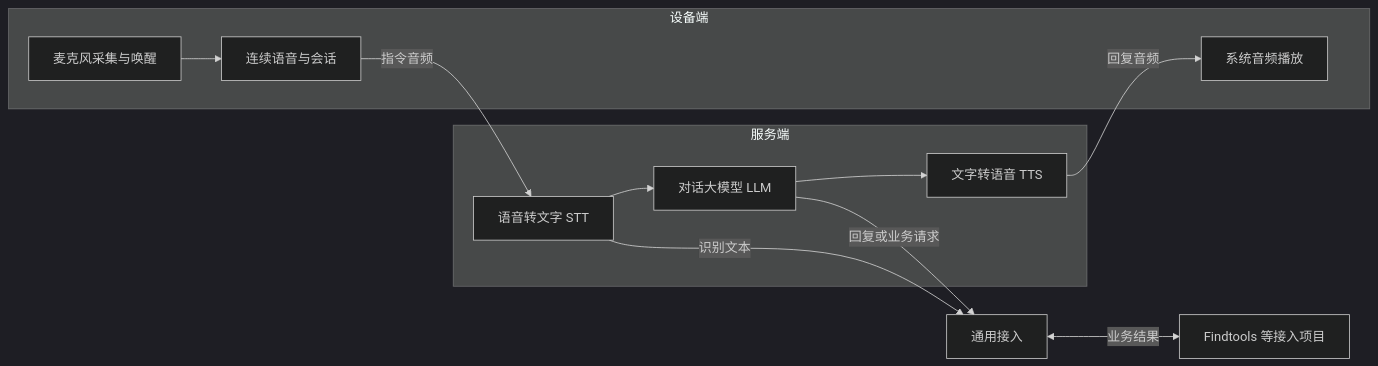
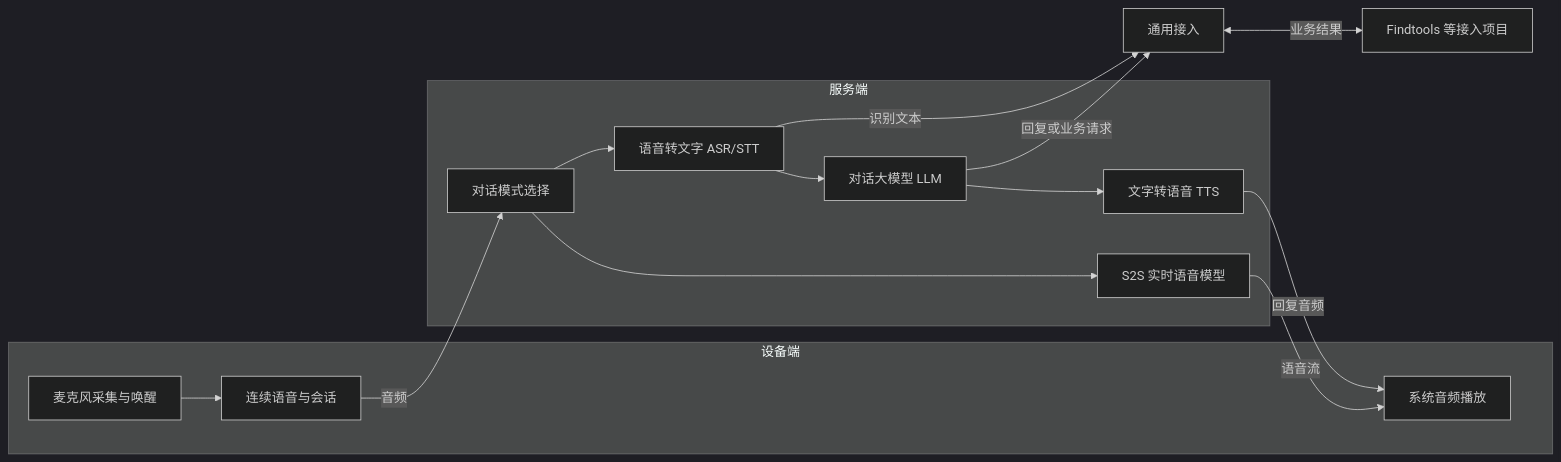
The diagram in docs/开发者设计文档库/总体架构设计.md (fyuanace/openspeech), drawn with Mermaid (dark theme) before and after one commit. The commit also changed other lines of this file and 28 other files, not shown here.

````diff
--- a/docs/开发者设计文档库/总体架构设计.md
+++ b/docs/开发者设计文档库/总体架构设计.md
@@ -27,16 +28,19 @@
 ```mermaid
 flowchart LR
     subgraph device[设备端]
         A[麦克风采集与唤醒] --> B[连续语音与会话]
         P[系统音频播放]
     end
     subgraph server[服务端]
-        C[语音转文字 STT] --> D[对话大模型 LLM]
+        M[对话模式选择] --> S[S2S 实时语音模型]
+        M --> C[语音转文字 ASR/STT]
+        C --> D[对话大模型 LLM]
         D --> E[文字转语音 TTS]
     end
-    B -->|指令音频| C
+    B -->|音频| M
+    S -->|语音流| P
     E -->|回复音频| P
     C -->|识别文本| F[通用接入]
     D -->|回复或业务请求| F
     F <-->|业务结果| G[Findtools 等接入项目]
 ```
````
